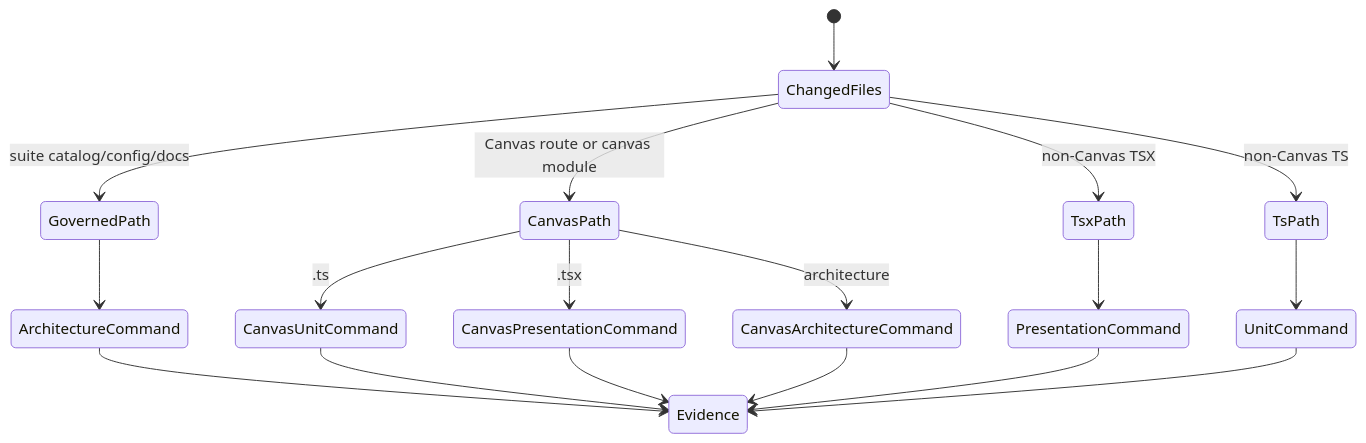
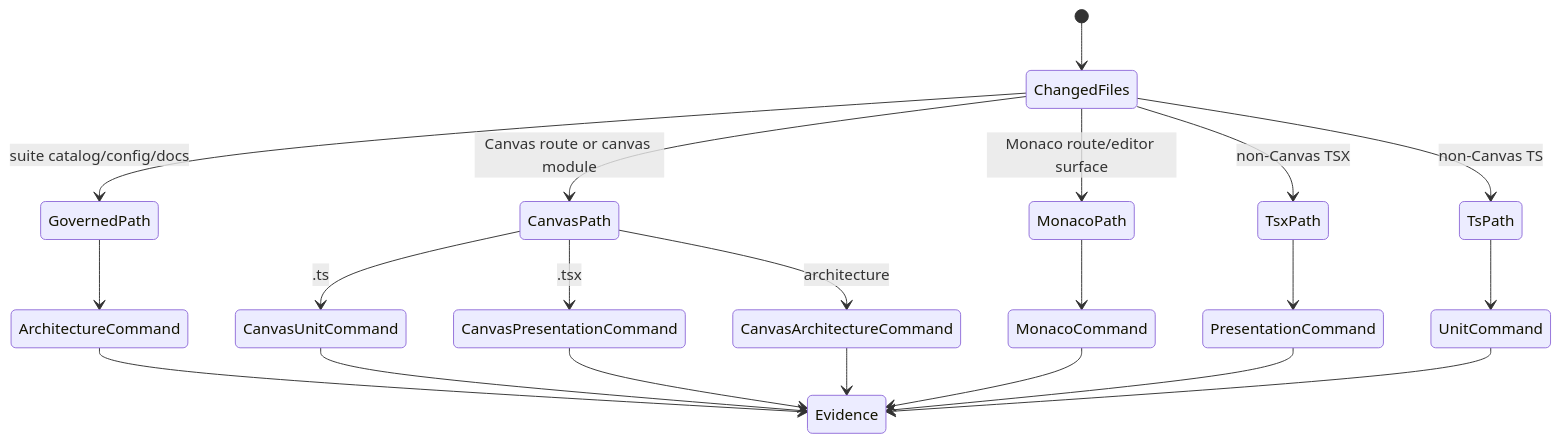
Before and after one commit to dunay2/dvt: the first of 2 diagrams in docs/architecture/components/web/web-vitest-changed-suite-router-component.md, drawn with Mermaid. The commit also changed other lines of this file and 29 other files, not shown here.

````diff
--- a/docs/architecture/components/web/web-vitest-changed-suite-router-component.md
+++ b/docs/architecture/components/web/web-vitest-changed-suite-router-component.md
@@ -56,20 +59,23 @@
 ```mermaid
 stateDiagram-v2
   [*] --> ChangedFiles
   ChangedFiles --> GovernedPath: suite catalog/config/docs
   ChangedFiles --> CanvasPath: Canvas route or canvas module
+  ChangedFiles --> MonacoPath: Monaco route/editor surface
   ChangedFiles --> TsxPath: non-Canvas TSX
   ChangedFiles --> TsPath: non-Canvas TS
   GovernedPath --> ArchitectureCommand
   CanvasPath --> CanvasUnitCommand: .ts
   CanvasPath --> CanvasPresentationCommand: .tsx
   CanvasPath --> CanvasArchitectureCommand: architecture
+  MonacoPath --> MonacoCommand
   TsxPath --> PresentationCommand
   TsPath --> UnitCommand
   ArchitectureCommand --> Evidence
   CanvasUnitCommand --> Evidence
   CanvasPresentationCommand --> Evidence
   CanvasArchitectureCommand --> Evidence
+  MonacoCommand --> Evidence
   PresentationCommand --> Evidence
   UnitCommand --> Evidence
 ```
````
